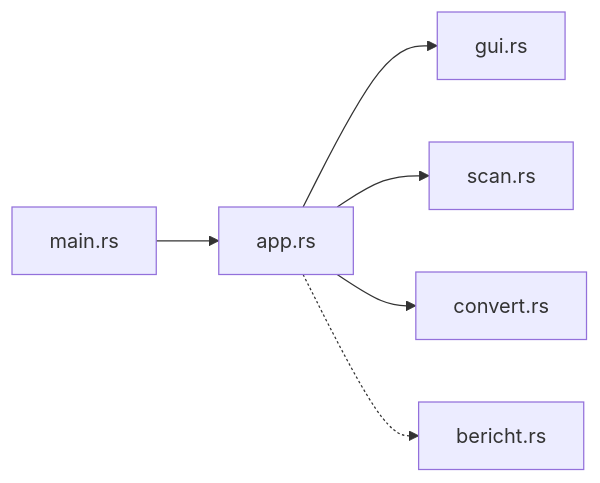
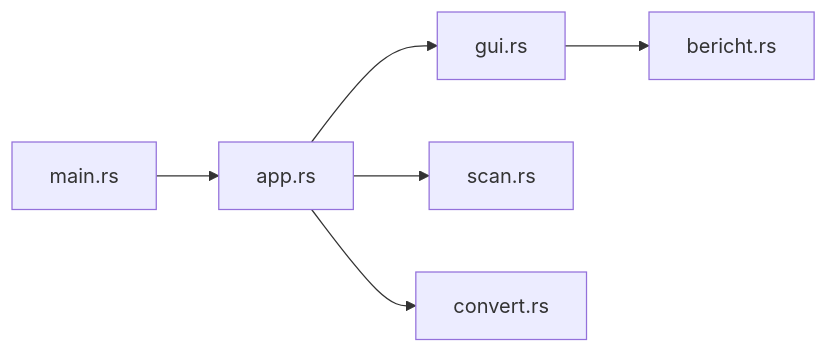
One commit to Senci/audio-konverter changed the diagram in wiki/entscheidungen.md. Above: the diagram before and after it, drawn with Mermaid. The commit also changed other lines of this file and 10 other files, not shown here.

````diff
--- a/wiki/entscheidungen.md
+++ b/wiki/entscheidungen.md
@@ -19,8 +23,8 @@
 ```mermaid
 flowchart LR
     M["main.rs"] --> A["app.rs"]
     A --> G["gui.rs"]
     A --> S["scan.rs"]
     A --> C["convert.rs"]
-    A -.-> B["bericht.rs"]
+    G --> B["bericht.rs"]
 ```
````
